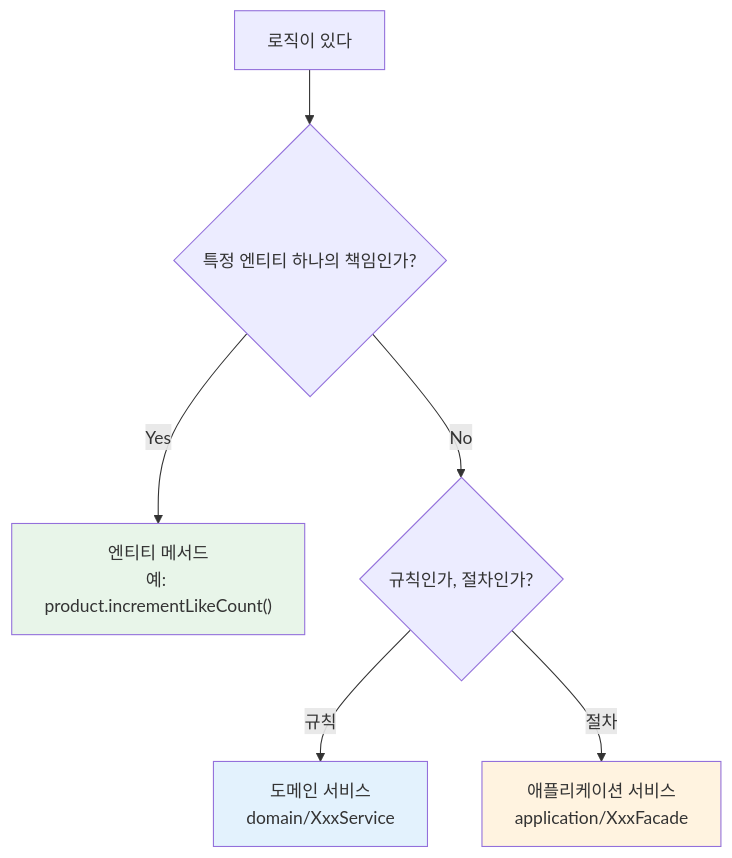
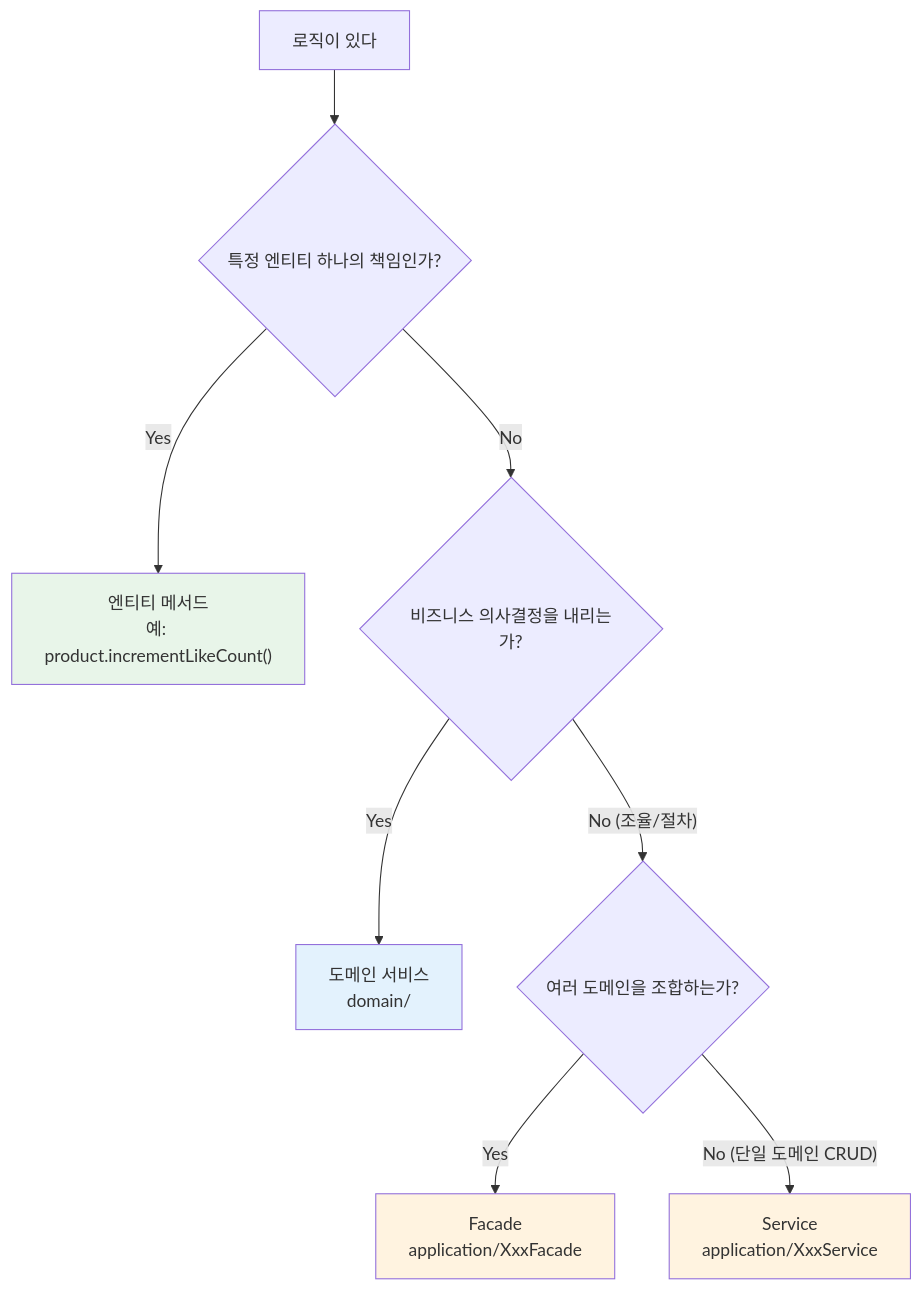
Before and after one commit to Praesentia-YKM/loop-pack-be-l2-vol3-java: the third of 3 diagrams in docs/design/mermaid/00-ddd-design-framework.md, drawn with Mermaid. The commit also changed other lines of this file and 1 other file, not shown here.

````diff
--- a/docs/design/mermaid/00-ddd-design-framework.md
+++ b/docs/design/mermaid/00-ddd-design-framework.md
@@ -264,12 +269,15 @@
 ```mermaid
 flowchart TD
     A["로직이 있다"] --> B{"특정 엔티티 하나의 책임인가?"}
     B -- "Yes" --> C["엔티티 메서드<br/>예: product.incrementLikeCount()"]
-    B -- "No" --> D{"규칙인가, 절차인가?"}
-    D -- "규칙" --> E["도메인 서비스<br/>domain/XxxService"]
-    D -- "절차" --> F["애플리케이션 서비스<br/>application/XxxFacade"]
+    B -- "No" --> D{"비즈니스 의사결정을 내리는가?"}
+    D -- "Yes" --> E["도메인 서비스<br/>domain/"]
+    D -- "No (조율/절차)" --> F{"여러 도메인을 조합하는가?"}
+    F -- "Yes" --> G["Facade<br/>application/XxxFacade"]
+    F -- "No (단일 도메인 CRUD)" --> H["Service<br/>application/XxxService"]
 
     style C fill:#e8f5e9
     style E fill:#e3f2fd
-    style F fill:#fff3e0
+    style G fill:#fff3e0
+    style H fill:#fff3e0
 ```
````
